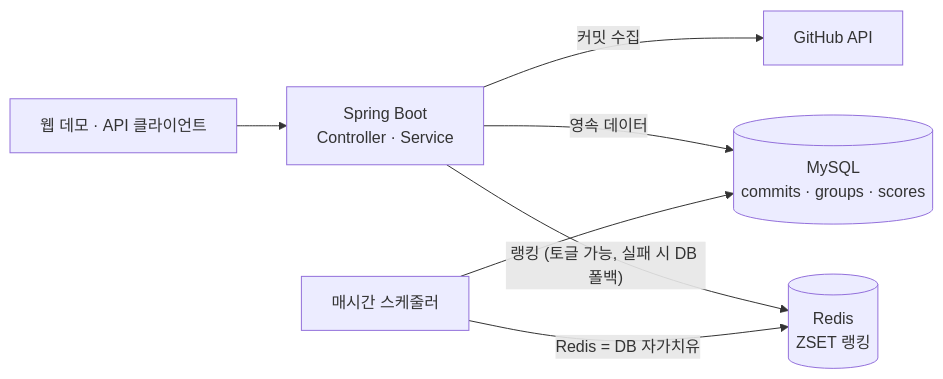
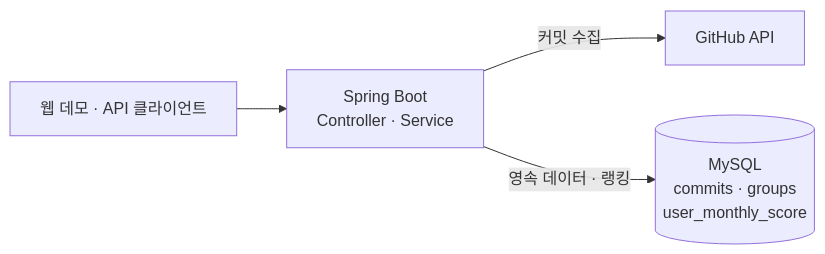
Before and after one commit to Layla7120/code_test_reminder_server: the diagram in README.md, drawn with Mermaid. The commit also changed other lines of this file and 7 other files, not shown here.

````diff
--- a/README.md
+++ b/README.md
@@ -15,9 +15,6 @@
 ```mermaid
 flowchart LR
     Client["웹 데모 · API 클라이언트"] --> API["Spring Boot<br/>Controller · Service"]
     API -->|커밋 수집| GitHub["GitHub API"]
-    API -->|영속 데이터| MySQL[("MySQL<br/>commits · groups · scores")]
-    API -->|"랭킹 (토글 가능, 실패 시 DB 폴백)"| Redis[("Redis<br/>ZSET 랭킹")]
-    Scheduler["매시간 스케줄러"] -->|"Redis = DB 자가치유"| Redis
-    Scheduler --> MySQL
+    API -->|"영속 데이터 · 랭킹"| MySQL[("MySQL<br/>commits · groups<br/>user_monthly_score")]
 ```
````
